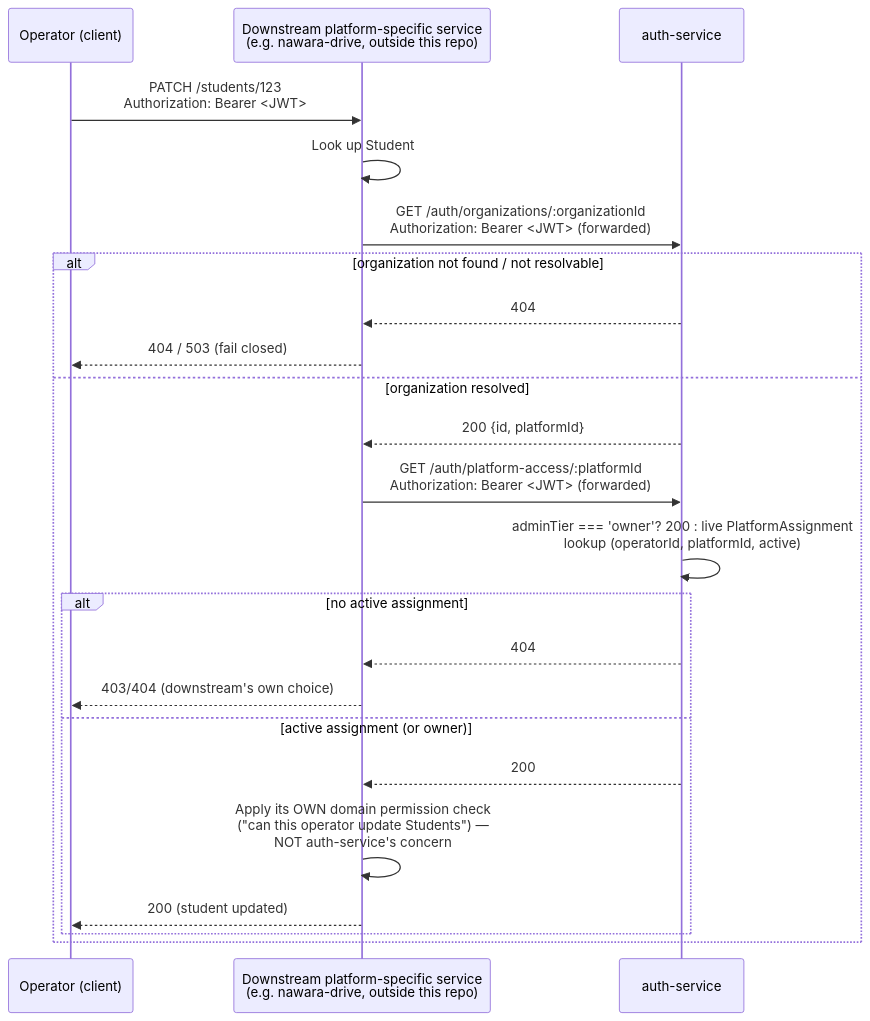
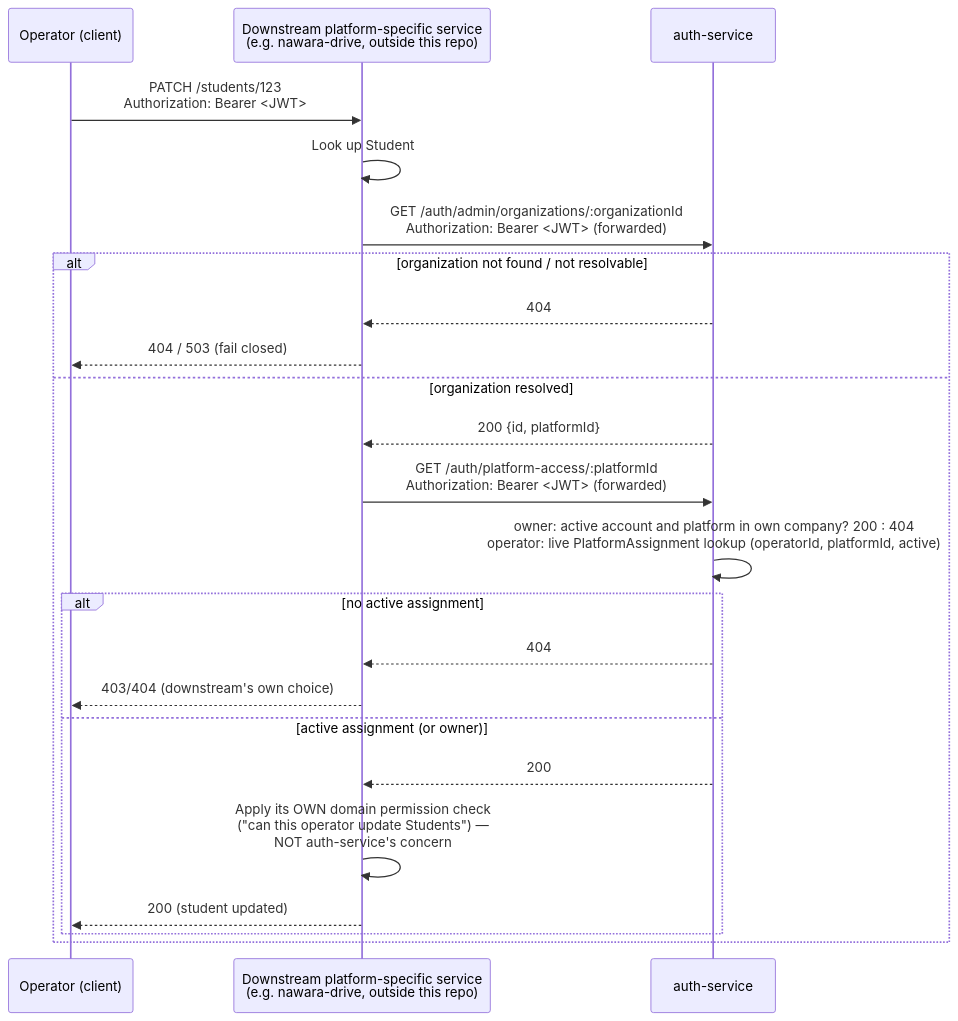
One commit to nawara-solutions/nawara-core changed the diagram in docs/adr/0023-platform-access-check-and-operator-login-decoupling.md. Above: the diagram before and after it, drawn with Mermaid. The commit also changed other lines of this file and 1 other file, not shown here.

First line of the commit message:
docs(adr): accept ADR-0023 with revised platform-access contract

````diff
--- a/docs/adr/0023-platform-access-check-and-operator-login-decoupling.md
+++ b/docs/adr/0023-platform-access-check-and-operator-login-decoupling.md
@@ -231,26 +252,26 @@
 ```mermaid
 sequenceDiagram
     participant Op as Operator (client)
     participant Downstream as Downstream platform-specific service<br/>(e.g. nawara-drive, outside this repo)
     participant Auth as auth-service
 
     Op->>Downstream: PATCH /students/123<br/>Authorization: Bearer <JWT>
     Downstream->>Downstream: Look up Student #123's own organizationId<br/>(downstream service's own data)
-    Downstream->>Auth: GET /auth/organizations/:organizationId<br/>Authorization: Bearer <JWT> (forwarded)
+    Downstream->>Auth: GET /auth/admin/organizations/:organizationId<br/>Authorization: Bearer <JWT> (forwarded)
     alt organization not found / not resolvable
         Auth-->>Downstream: 404
         Downstream-->>Op: 404 / 503 (fail closed)
     else organization resolved
         Auth-->>Downstream: 200 {id, platformId}
         Downstream->>Auth: GET /auth/platform-access/:platformId<br/>Authorization: Bearer <JWT> (forwarded)
-        Auth->>Auth: adminTier === 'owner'? 200 : live PlatformAssignment<br/>lookup (operatorId, platformId, active)
+        Auth->>Auth: owner: active account and platform in own company? 200 : 404<br/>operator: live PlatformAssignment lookup (operatorId, platformId, active)
         alt no active assignment
             Auth-->>Downstream: 404
             Downstream-->>Op: 403/404 (downstream's own choice)
         else active assignment (or owner)
             Auth-->>Downstream: 200
             Downstream->>Downstream: Apply its OWN domain permission check<br/>("can this operator update Students") —<br/>NOT auth-service's concern
             Downstream-->>Op: 200 (student updated)
         end
     end
 ```
````
